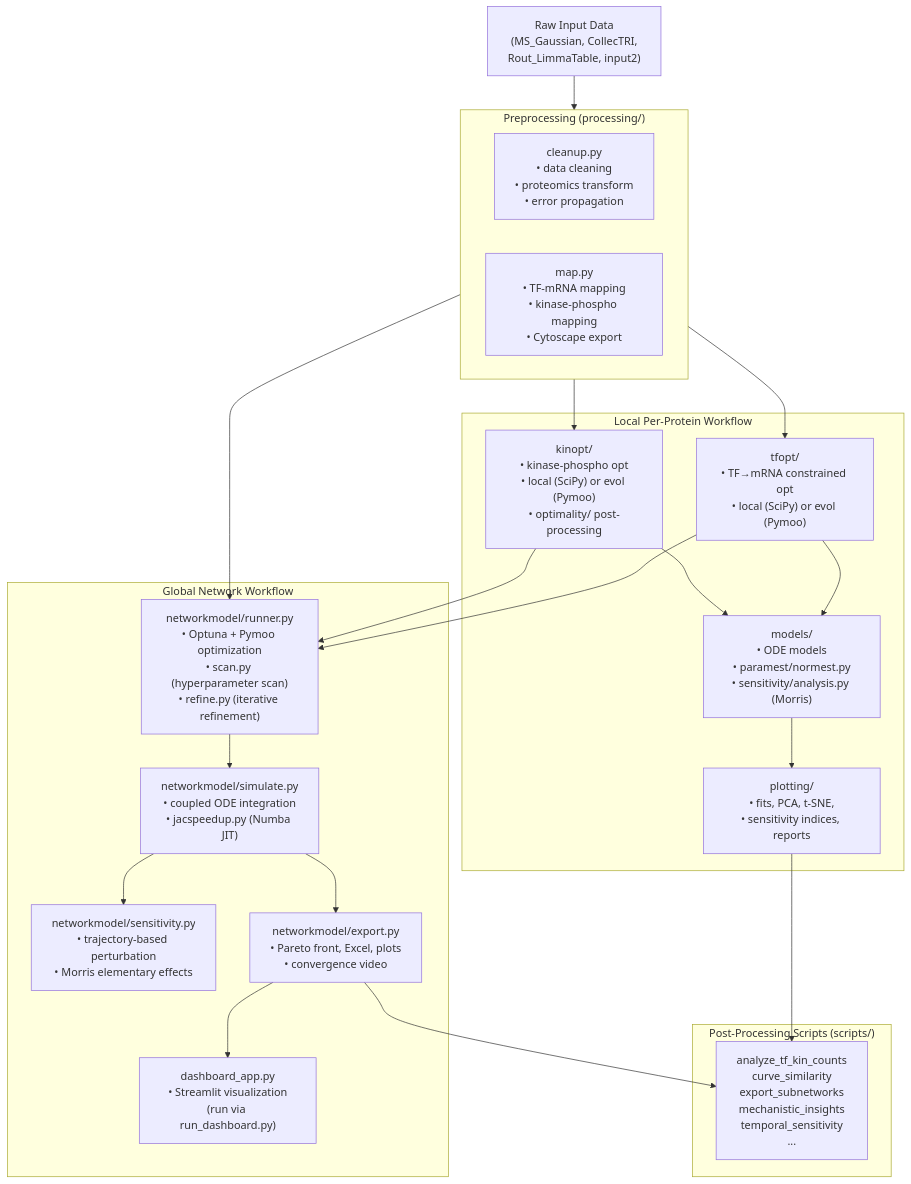
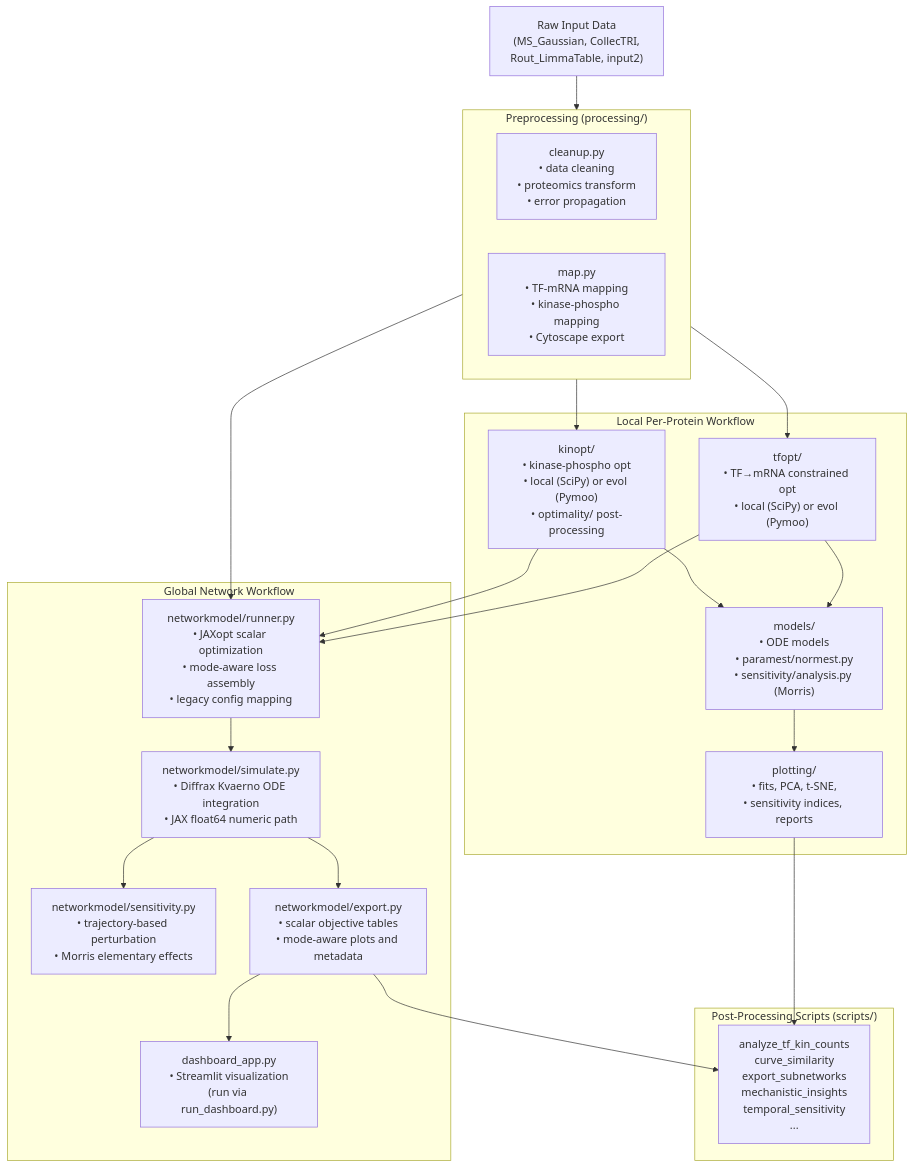
Before and after one commit to bibymaths/phoskintime: the diagram in docs/Documentation/architecture.md, drawn with Mermaid. The commit also changed other lines of this file and 27 other files, not shown here.

Commit message:
Strengthen PhosKinTime JAX Diffrax refactor checks

````diff
--- a/docs/Documentation/architecture.md
+++ b/docs/Documentation/architecture.md
@@ -32,44 +31,44 @@
 ```mermaid
 flowchart TD
     A["Raw Input Data\n(MS_Gaussian, CollecTRI,\nRout_LimmaTable, input2)"]
 
     subgraph prep ["Preprocessing (processing/)"]
         B["cleanup.py\n• data cleaning\n• proteomics transform\n• error propagation"]
         C["map.py\n• TF-mRNA mapping\n• kinase-phospho mapping\n• Cytoscape export"]
     end
 
     subgraph local ["Local Per-Protein Workflow"]
         D["tfopt/\n• TF→mRNA constrained opt\n• local (SciPy) or evol (Pymoo)"]
         E["kinopt/\n• kinase-phospho opt\n• local (SciPy) or evol (Pymoo)\n• optimality/ post-processing"]
         F["models/\n• ODE models\n• paramest/normest.py\n• sensitivity/analysis.py (Morris)"]
         G["plotting/\n• fits, PCA, t-SNE,\n• sensitivity indices, reports"]
     end
 
     subgraph global_wf ["Global Network Workflow"]
-        H["networkmodel/runner.py\n• Optuna + Pymoo optimization\n• scan.py (hyperparameter scan)\n• refine.py (iterative refinement)"]
-        I["networkmodel/simulate.py\n• coupled ODE integration\n• jacspeedup.py (Numba JIT)"]
+        H["networkmodel/runner.py\n• JAXopt scalar optimization\n• mode-aware loss assembly\n• legacy config mapping"]
+        I["networkmodel/simulate.py\n• Diffrax Kvaerno ODE integration\n• JAX float64 numeric path"]
         J["networkmodel/sensitivity.py\n• trajectory-based perturbation\n• Morris elementary effects"]
-        K["networkmodel/export.py\n• Pareto front, Excel, plots\n• convergence video"]
+        K["networkmodel/export.py\n• scalar objective tables\n• mode-aware plots and metadata"]
         L["dashboard_app.py\n• Streamlit visualization\n(run via run_dashboard.py)"]
     end
 
     subgraph scripts_box ["Post-Processing Scripts (scripts/)"]
         M["analyze_tf_kin_counts\ncurve_similarity\nexport_subnetworks\nmechanistic_insights\ntemporal_sensitivity\n..."]
     end
 
     A --> prep
     prep --> D
     prep --> E
     E --> F
     D --> F
     F --> G
     prep --> H
     E --> H
     D --> H
     H --> I
     I --> J
     I --> K
     K --> L
     K --> M
     G --> M
 ```
````
